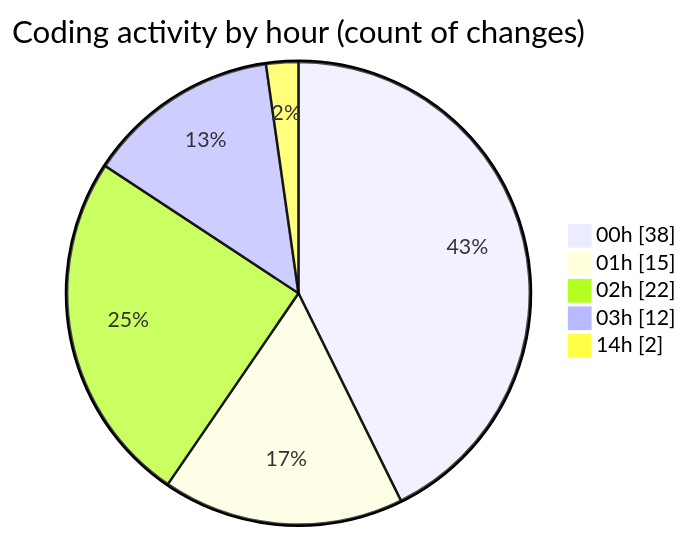
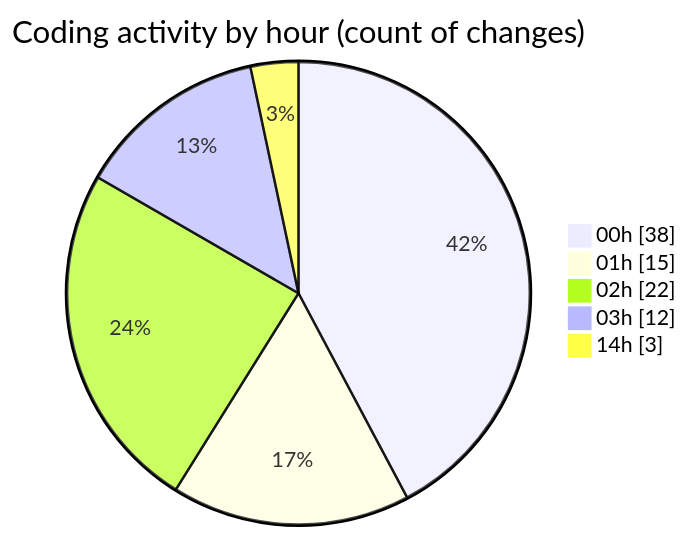
The second of 2 diagrams in 2025-03-08/uber_clone/README.md (donsfak/code-tracking), drawn with Mermaid before and after one commit. The commit also changed other lines of this file and 1 other file, not shown here.

````diff
--- a/2025-03-08/uber_clone/README.md
+++ b/2025-03-08/uber_clone/README.md
@@ -34,9 +34,9 @@
 ```mermaid
 pie showData
 title Coding activity by hour (count of changes)
 "00h" : 38
 "01h" : 15
 "02h" : 22
 "03h" : 12
-"14h" : 2
+"14h" : 3
 ```
````
